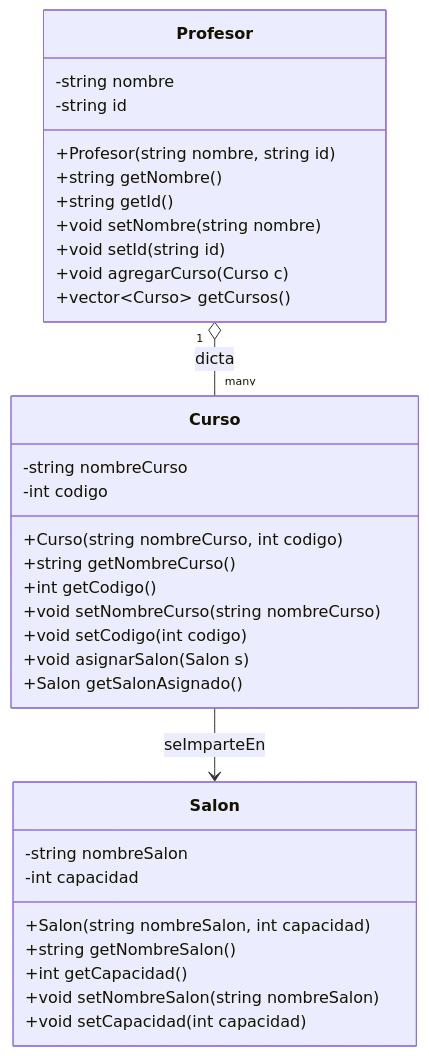
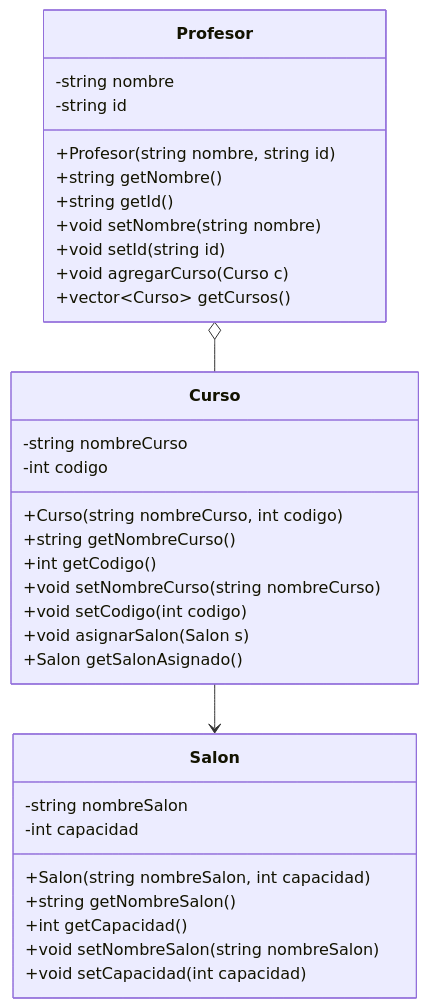
The diagram in 4. PrimeraCod.md (lufe089/POO), drawn with Mermaid before and after one commit. The commit also changed other lines of this file, not shown here.

````diff
--- a/4. PrimeraCod.md
+++ b/4. PrimeraCod.md
@@ -236,39 +544,39 @@
 ```mermaid
 classDiagram
     class Profesor {
         -string nombre
         -string id
         +Profesor(string nombre, string id)
         +string getNombre()
         +string getId()
         +void setNombre(string nombre)
         +void setId(string id)
         +void agregarCurso(Curso c)
         +vector~Curso~ getCursos()
     }
 
     class Curso {
         -string nombreCurso
         -int codigo
         +Curso(string nombreCurso, int codigo)
         +string getNombreCurso()
         +int getCodigo()
         +void setNombreCurso(string nombreCurso)
         +void setCodigo(int codigo)
         +void asignarSalon(Salon s)
         +Salon getSalonAsignado()
     }
 
     class Salon {
         -string nombreSalon
         -int capacidad
         +Salon(string nombreSalon, int capacidad)
         +string getNombreSalon()
         +int getCapacidad()
         +void setNombreSalon(string nombreSalon)
         +void setCapacidad(int capacidad)
     }
 
-    Profesor "1" o-- "many" Curso : dicta
-    Curso --> Salon : seImparteEn
+    Profesor o-- Curso 
+    Curso --> Salon 
 ```
````
